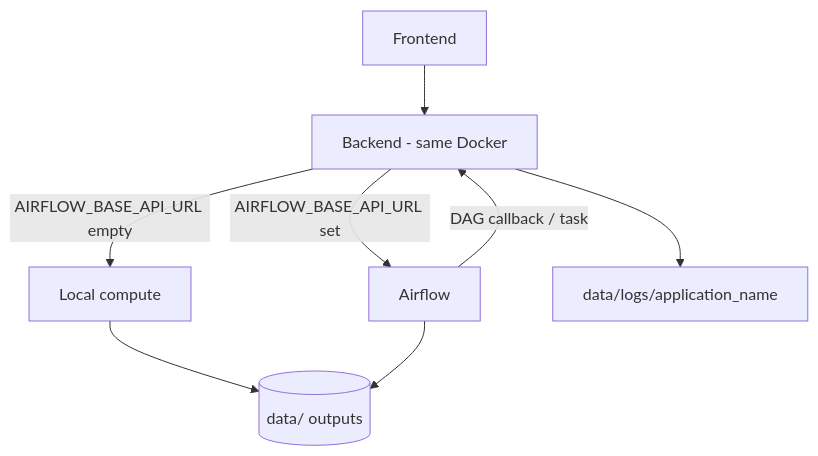
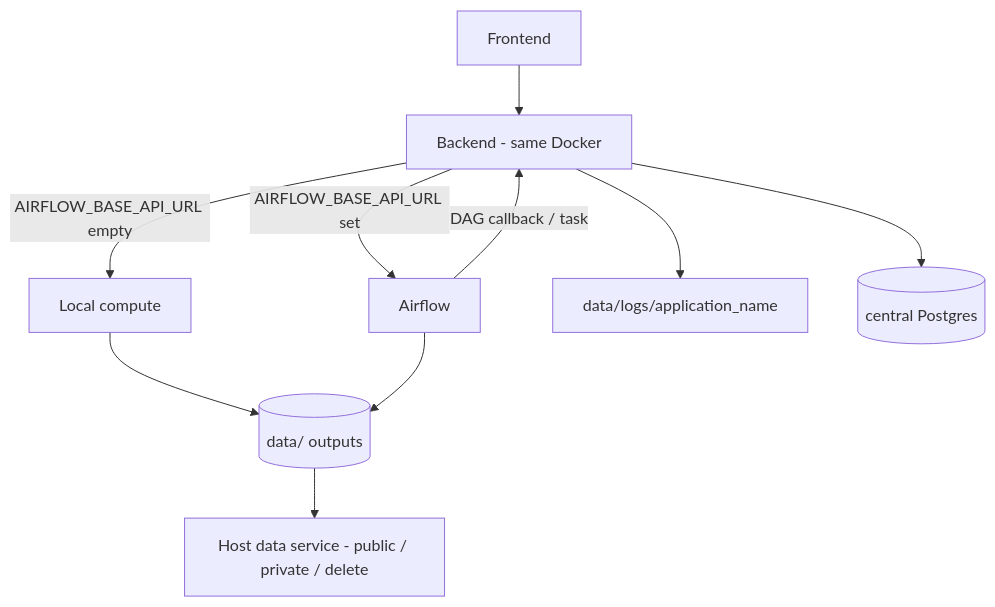
Before and after one commit to core-stack-org/core-stack-docs: the diagram in docs/server/cluster-service-checklist.md, drawn with Mermaid. The commit also changed other lines of this file and 1 other file, not shown here.

Commit message:
Expand the cluster checklist with code/models mounts, log levels, Postgres, and output modes.

````diff
--- a/docs/server/cluster-service-checklist.md
+++ b/docs/server/cluster-service-checklist.md
@@ -144,10 +161,12 @@
 ```mermaid
 flowchart TD
   UI[Frontend] --> API[Backend - same Docker]
   API -->|AIRFLOW_BASE_API_URL empty| Local[Local compute]
   API -->|AIRFLOW_BASE_API_URL set| AF[Airflow]
   AF -->|DAG callback / task| API
   Local --> Data[(data/ outputs)]
   AF --> Data
   API --> Logs[data/logs/application_name]
+  API --> PG[(central Postgres)]
+  Data --> HostDS[Host data service - public / private / delete]
 ```
````
